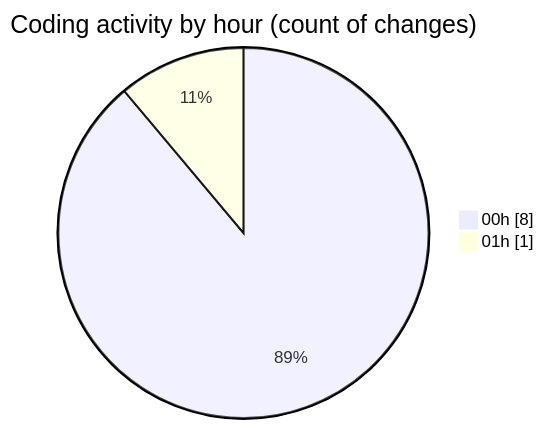
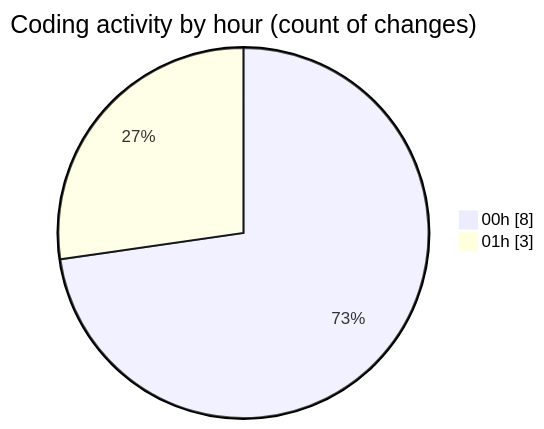
The second of 2 diagrams in 2025-07-24/fish/README.md (EIIisD/code-tracking), drawn with Mermaid before and after one commit. The commit also changed other lines of this file and 1 other file, not shown here.

````diff
--- a/2025-07-24/fish/README.md
+++ b/2025-07-24/fish/README.md
@@ -32,6 +33,6 @@
 ```mermaid
 pie showData
 title Coding activity by hour (count of changes)
 "00h" : 8
-"01h" : 1
+"01h" : 3
 ```
````
